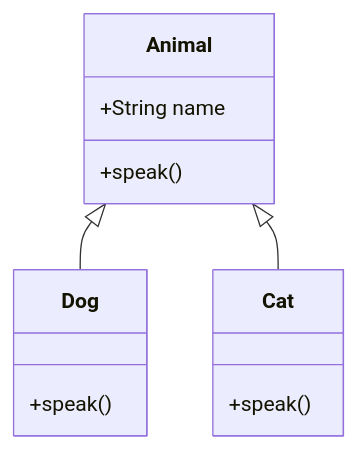
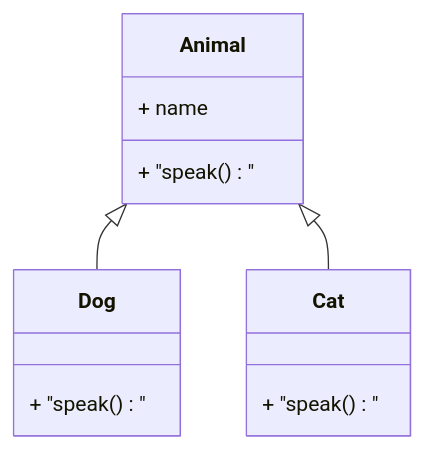
One commit to 42jerrykim/42jerrykim.github.io changed diagram 15 of 15 in content/post/2024/2024-11-08-python-oop/index.md. Above: the diagram before and after it, drawn with Mermaid. The commit also changed other lines of this file and 239 other files, not shown here.

````diff
--- a/content/post/2024/2024-11-08-python-oop/index.md
+++ b/content/post/2024/2024-11-08-python-oop/index.md
@@ -1136,15 +1182,15 @@
 ```mermaid
 classDiagram
     class Animal {
-        +String name
-        +speak()
+        + name
+        + "speak()"
     }
     class Dog {
-        +speak()
+        + "speak()"
     }
     class Cat {
-        +speak()
+        + "speak()"
     }
     Animal <|-- Dog
     Animal <|-- Cat
 ```
````
